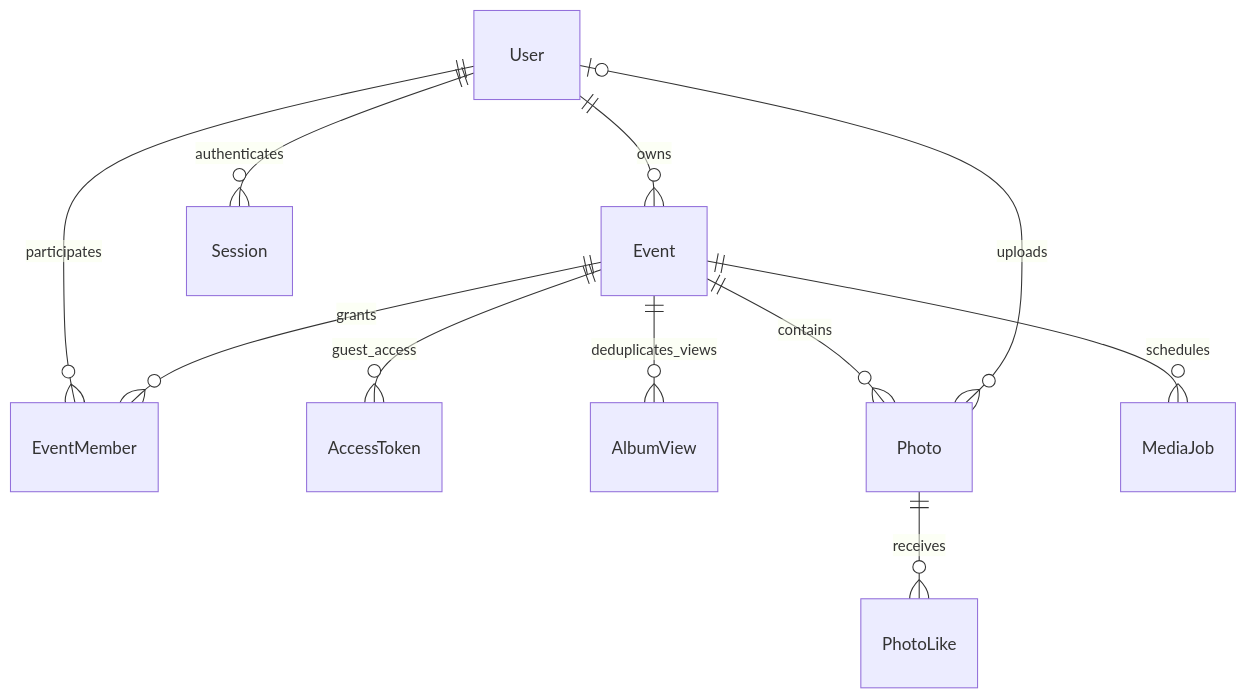
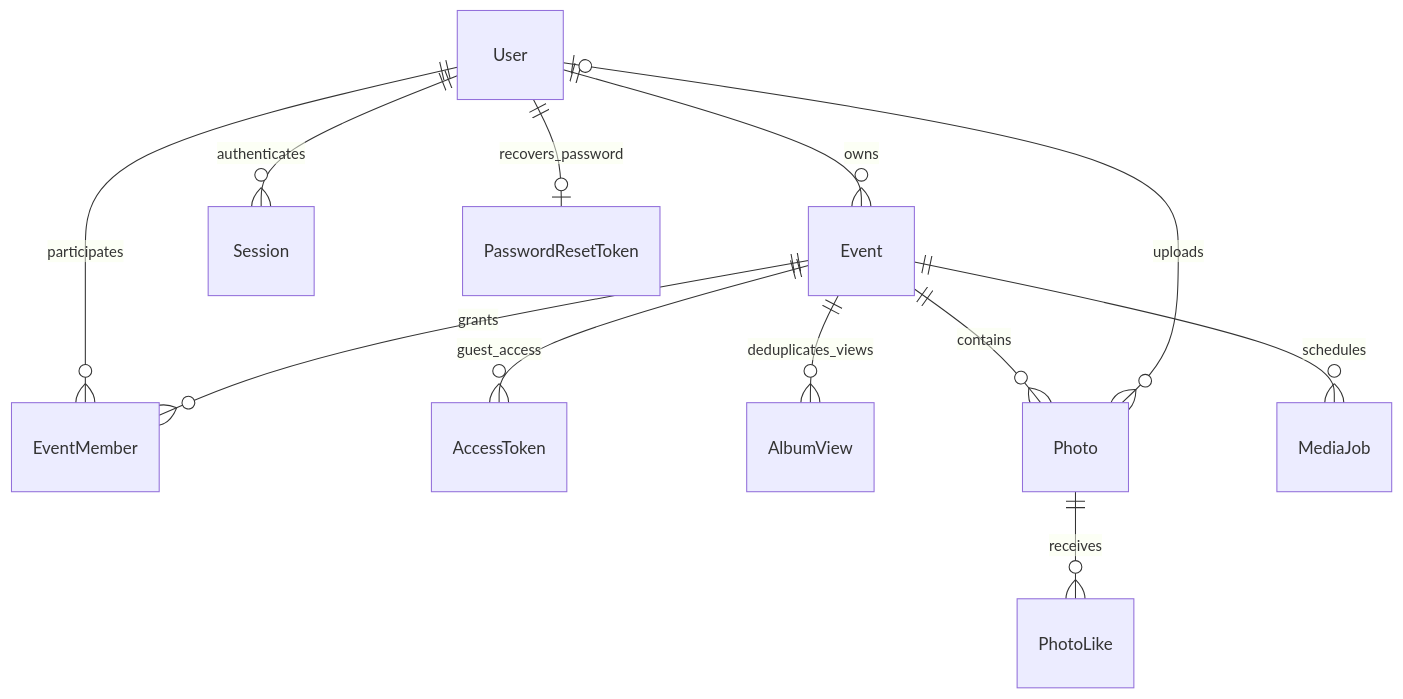
One commit to issatayyyy/partyphoto changed the diagram in docs/architecture.md. Above: the diagram before and after it, drawn with Mermaid. The commit also changed other lines of this file and 20 other files, not shown here.

````diff
--- a/docs/architecture.md
+++ b/docs/architecture.md
@@ -8,13 +8,14 @@
 ```mermaid
 erDiagram
   User ||--o{ Event : owns
   User ||--o{ EventMember : participates
   Event ||--o{ EventMember : grants
   User ||--o{ Session : authenticates
+  User ||--o| PasswordResetToken : recovers_password
   Event ||--o{ AccessToken : guest_access
   Event ||--o{ AlbumView : deduplicates_views
   Event ||--o{ Photo : contains
   Photo ||--o{ PhotoLike : receives
   User o|--o{ Photo : uploads
   Event ||--o{ MediaJob : schedules
 ```
````
